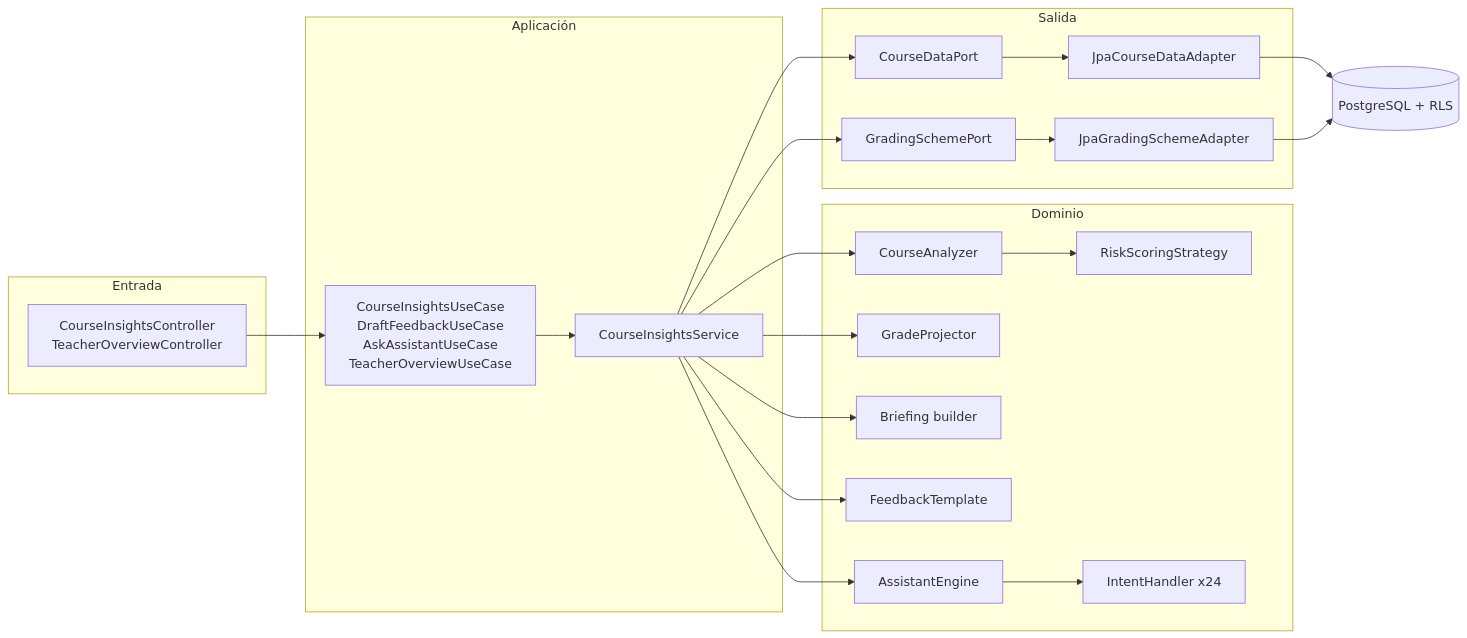
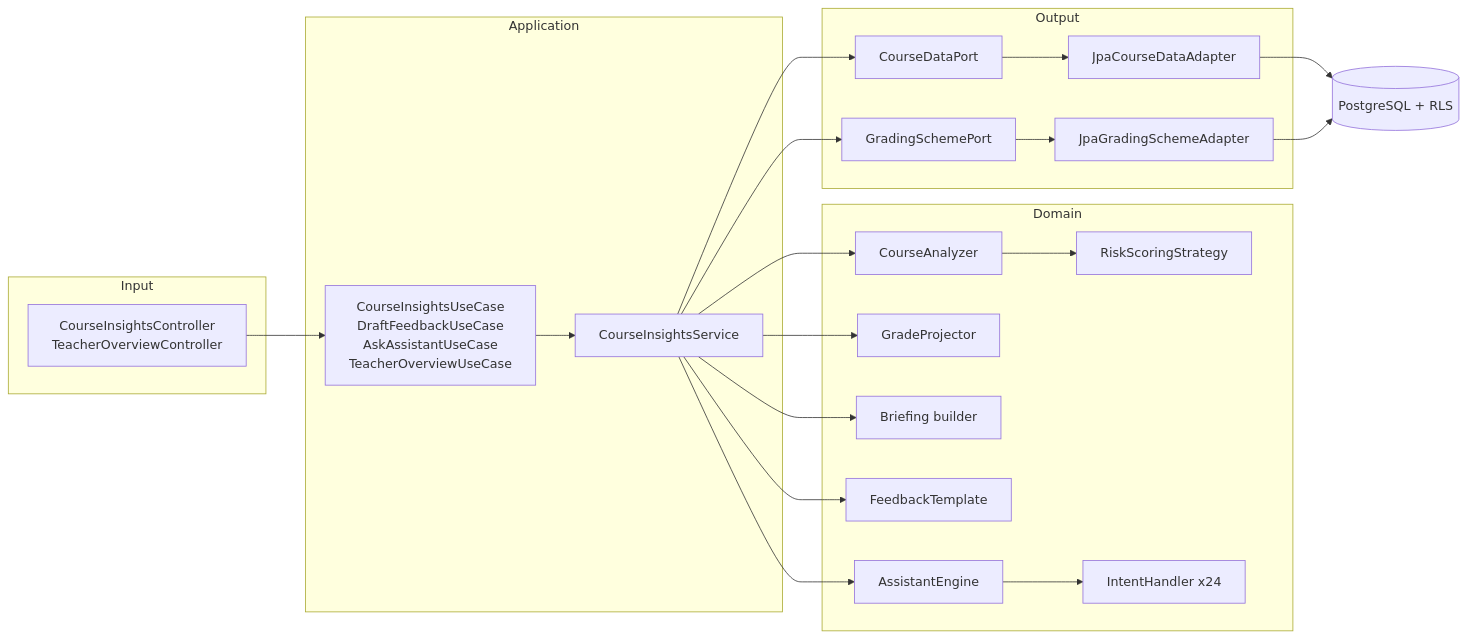
The diagram in docs/insights-architecture.md (AndresDelgadoCas/Backend-proyect), drawn with Mermaid before and after one commit. The commit also changed other lines of this file and 4 other files, not shown here.

````diff
--- a/docs/insights-architecture.md
+++ b/docs/insights-architecture.md
@@ -5,26 +5,26 @@
 ```mermaid
 flowchart LR
-  subgraph Entrada
+  subgraph Input
     REST[CourseInsightsController<br/>TeacherOverviewController]
   end
-  subgraph Aplicación
+  subgraph Application
     UC[CourseInsightsUseCase<br/>DraftFeedbackUseCase<br/>AskAssistantUseCase<br/>TeacherOverviewUseCase]
     S[CourseInsightsService]
   end
-  subgraph Dominio
+  subgraph Domain
     A[CourseAnalyzer] --> R[RiskScoringStrategy]
     P[GradeProjector]
     B[Briefing builder]
     F[FeedbackTemplate]
     E[AssistantEngine] --> H[IntentHandler x24]
   end
-  subgraph Salida
+  subgraph Output
     CD[CourseDataPort] --> JPA[JpaCourseDataAdapter]
     GS[GradingSchemePort] --> JPA2[JpaGradingSchemeAdapter]
   end
   REST --> UC --> S
   S --> A & P & B & F & E
   S --> CD & GS
   JPA --> DB[(PostgreSQL + RLS)]
   JPA2 --> DB
 ```
````
